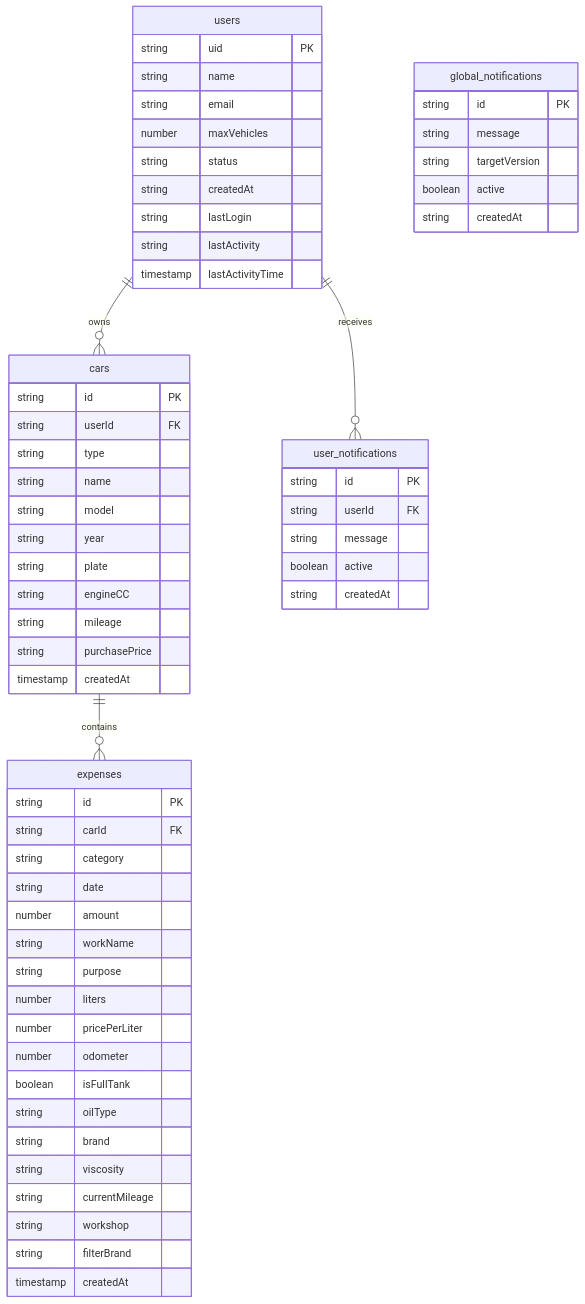
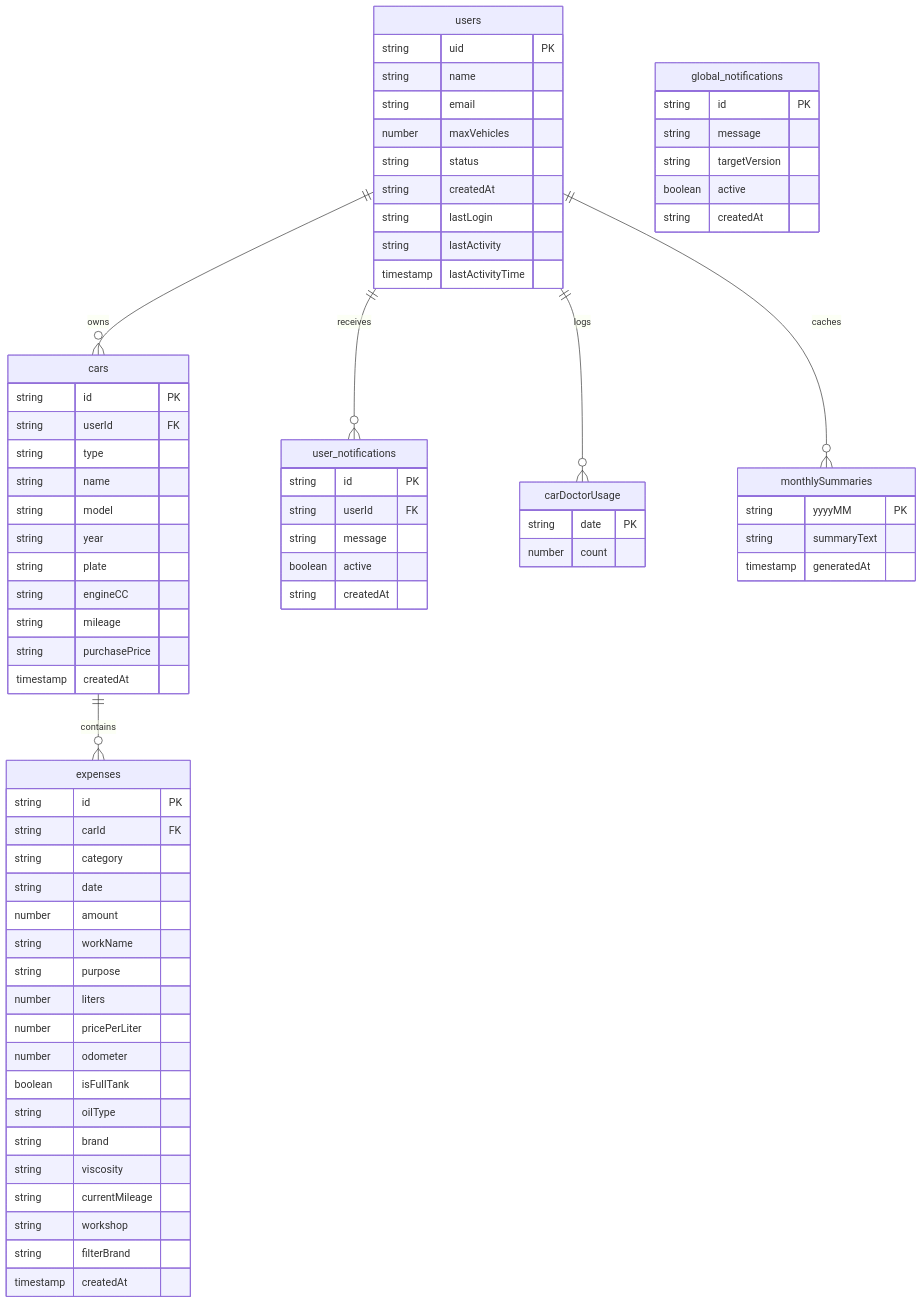
One commit to ChaudhrySamie/Car-Expense-Trackerr changed the second of 2 diagrams in README.md. Above: the diagram before and after it, drawn with Mermaid. The commit also changed other lines of this file and 3 other files, not shown here.

````diff
--- a/README.md
+++ b/README.md
@@ -240,66 +322,77 @@
 ```mermaid
 erDiagram
     users ||--o{ cars : owns
     cars ||--o{ expenses : contains
     users ||--o{ user_notifications : receives
+    users ||--o{ carDoctorUsage : logs
+    users ||--o{ monthlySummaries : caches
     global_notifications
 
     users {
         string uid PK
         string name
         string email
         number maxVehicles
         string status
         string createdAt
         string lastLogin
         string lastActivity
         timestamp lastActivityTime
     }
     cars {
         string id PK
         string userId FK
         string type
         string name
         string model
         string year
         string plate
         string engineCC
         string mileage
         string purchasePrice
         timestamp createdAt
     }
     expenses {
         string id PK
         string carId FK
         string category
         string date
         number amount
         string workName
         string purpose
         number liters
         number pricePerLiter
         number odometer
         boolean isFullTank
         string oilType
         string brand
         string viscosity
         string currentMileage
         string workshop
         string filterBrand
         timestamp createdAt
     }
+    carDoctorUsage {
+        string date PK
+        number count
+    }
+    monthlySummaries {
+        string yyyyMM PK
+        string summaryText
+        timestamp generatedAt
+    }
     global_notifications {
         string id PK
         string message
         string targetVersion
         boolean active
         string createdAt
     }
     user_notifications {
         string id PK
         string userId FK
         string message
         boolean active
         string createdAt
     }
 ```
````
